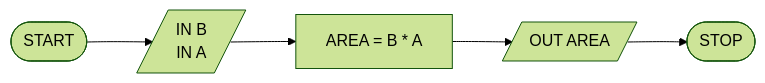
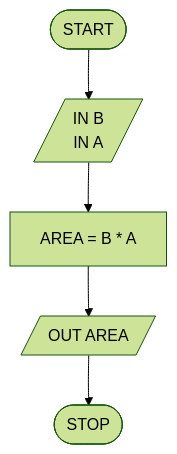
The first of 22 diagrams in README.md (pg-laboratorio/flowcharts_laboratorio_esercizi), drawn with Mermaid (forest theme) before and after one commit. The commit also changed other lines of this file, not shown here.

````diff
--- a/README.md
+++ b/README.md
@@ -13,8 +27,15 @@
 ```mermaid
-graph LR
+
+graph TD
+
     START([START]) --> INPUT[/IN B<br>IN A/]
+
     INPUT --> PROCESS[AREA = B * A]
+
     PROCESS --> OUTPUT[/OUT AREA/]
+
     OUTPUT --> STOP([STOP])
 
+
+
 ```
````
